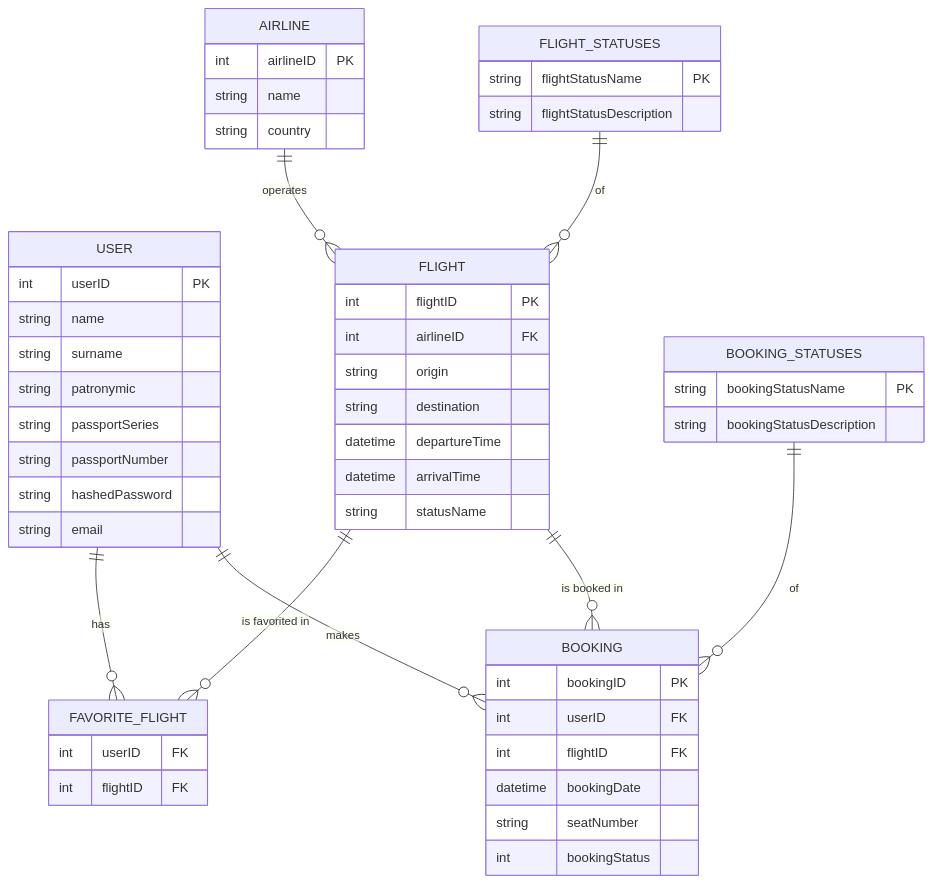
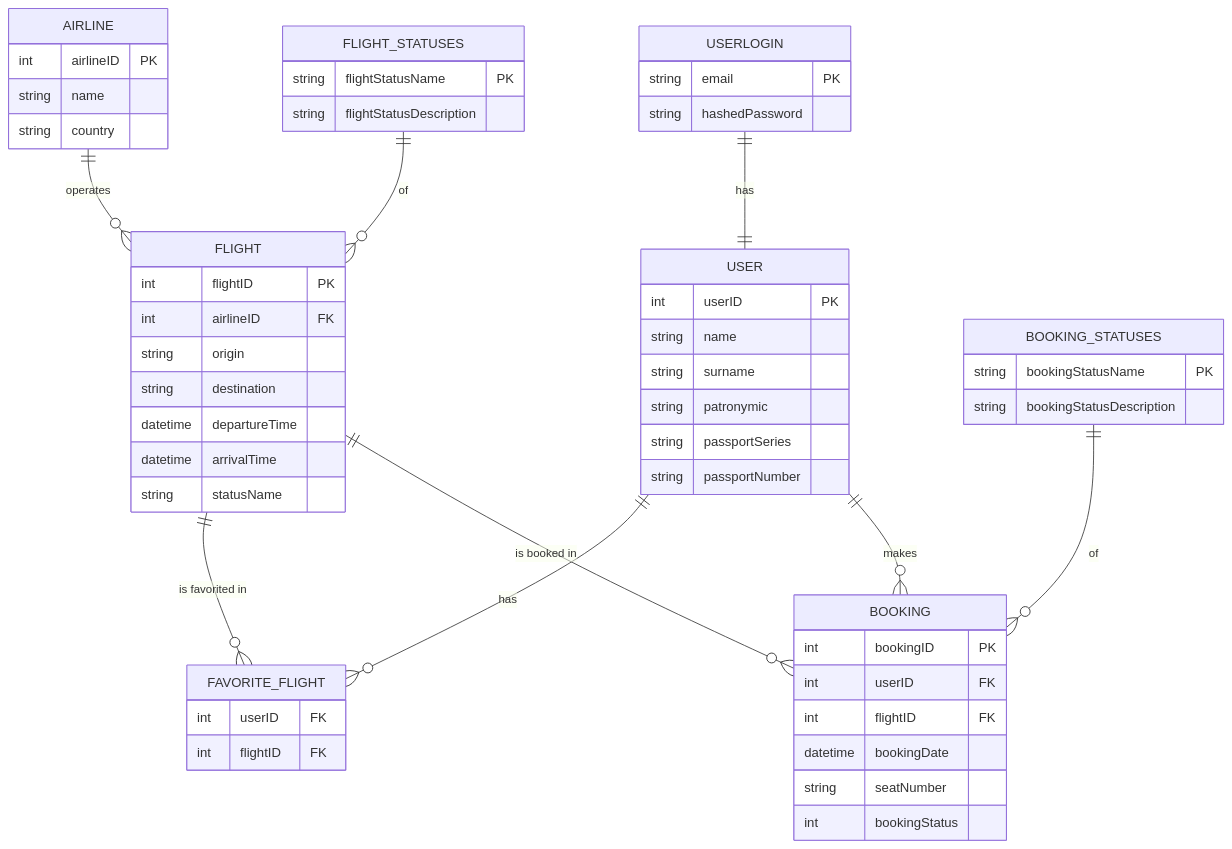
One commit to adelkaaa/AviaProject changed the diagram in README.md. Above: the diagram before and after it, drawn with Mermaid.

Commit message:
Update README.md
Added table USERLOGIN

````diff
--- a/README.md
+++ b/README.md
@@ -3,61 +3,65 @@
 ```mermaid
 erDiagram
     USER {
         int userID PK
         string name
         string surname
         string patronymic
         string passportSeries
         string passportNumber
+    }
+
+    USERLOGIN {
+        string email PK
         string hashedPassword
-        string email
     }
 
     AIRLINE {
         int airlineID PK
         string name
         string country
     }
 
     FLIGHT {
         int flightID PK
         int airlineID FK
         string origin
         string destination
         datetime departureTime
         datetime arrivalTime
         string statusName
     }
 
     FLIGHT_STATUSES {
         string flightStatusName PK
         string flightStatusDescription
     }
 
     BOOKING {
         int bookingID PK
         int userID FK
         int flightID FK
         datetime bookingDate
         string seatNumber
         int bookingStatus
     }
 
     BOOKING_STATUSES {
         string bookingStatusName PK
         string bookingStatusDescription
     }
 
     FAVORITE_FLIGHT {
         int userID FK
         int flightID FK
     }
 
     USER ||--o{ BOOKING : "makes"
     BOOKING_STATUSES ||--o{ BOOKING : "of"
     FLIGHT_STATUSES ||--o{ FLIGHT : "of"
     USER ||--o{ FAVORITE_FLIGHT : "has"
+    USERLOGIN ||--|| USER : "has"
     AIRLINE ||--o{ FLIGHT : "operates"
     FLIGHT ||--o{ BOOKING : "is booked in"
     FLIGHT ||--o{ FAVORITE_FLIGHT : "is favorited in"
 ```
````
